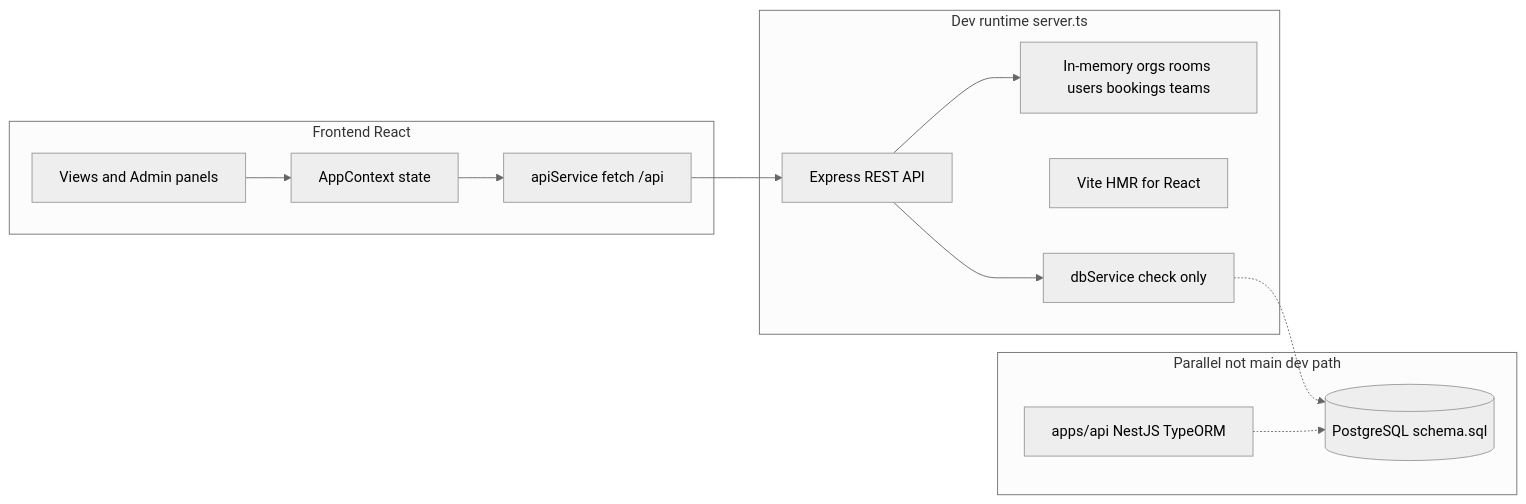
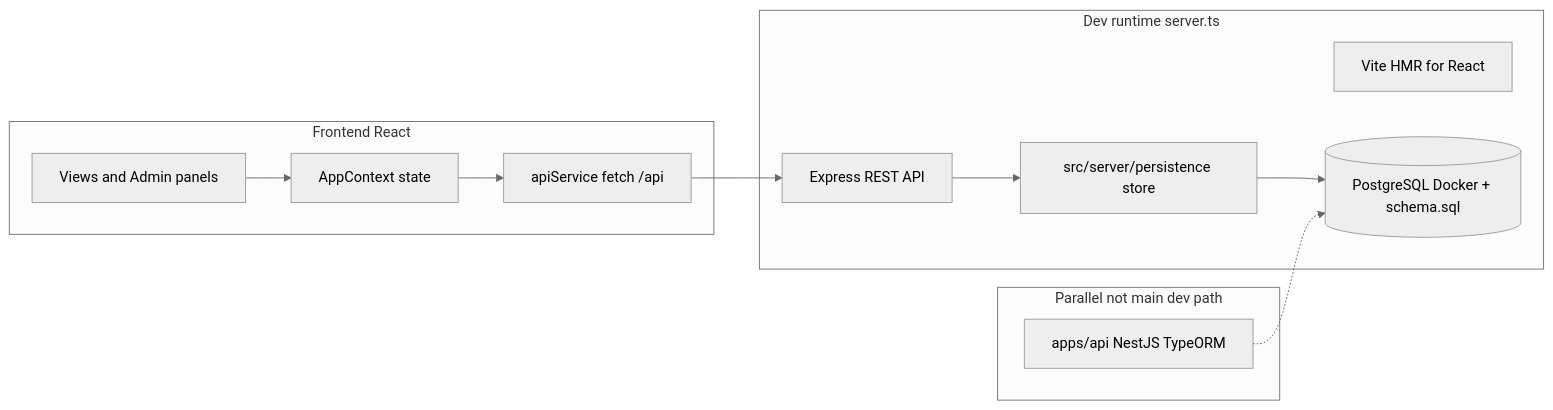
One commit to mo-navabix/rooomchi-workspace changed the diagram in docs/PROJECT_CONTEXT_AND_AI_PROMPT.md. Above: the diagram before and after it, drawn with Mermaid (neutral theme). The commit also changed other lines of this file and 2 other files, not shown here.

First line of the commit message:
refactor: update project documentation and architecture details

````diff
--- a/docs/PROJECT_CONTEXT_AND_AI_PROMPT.md
+++ b/docs/PROJECT_CONTEXT_AND_AI_PROMPT.md
@@ -21,25 +21,23 @@
 ```mermaid
 flowchart LR
   subgraph client [Frontend React]
     AppContext[AppContext state]
     Views[Views and Admin panels]
     ApiService[apiService fetch /api]
   end
   subgraph runtime [Dev runtime server.ts]
     Express[Express REST API]
-    Memory[In-memory orgs rooms users bookings teams]
+    Persistence[src/server/persistence store]
     Vite[Vite HMR for React]
-    DbCheck[dbService check only]
+    Postgres[(PostgreSQL Docker + schema.sql)]
   end
   subgraph future [Parallel not main dev path]
     NestAPI[apps/api NestJS TypeORM]
-    Postgres[(PostgreSQL schema.sql)]
   end
   Views --> AppContext
   AppContext --> ApiService
   ApiService --> Express
-  Express --> Memory
-  Express --> DbCheck
-  DbCheck -.-> Postgres
+  Express --> Persistence
+  Persistence --> Postgres
   NestAPI -.-> Postgres
 ```
````
